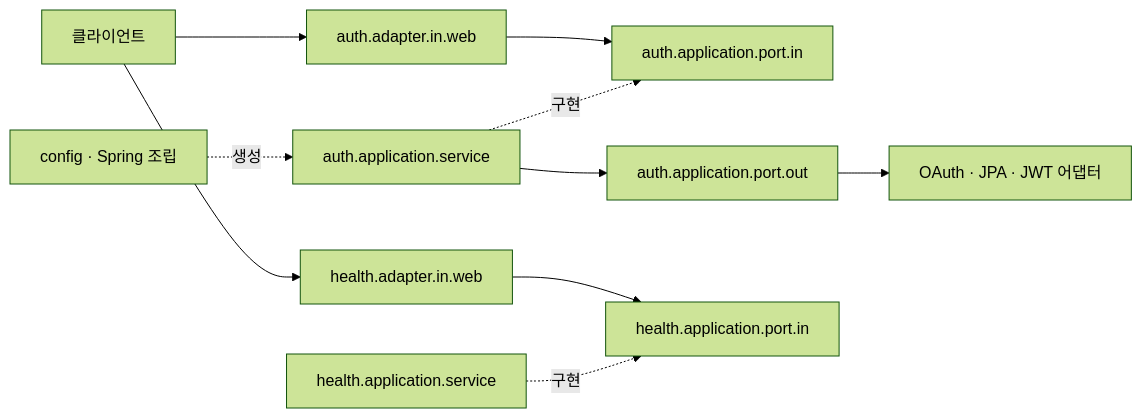
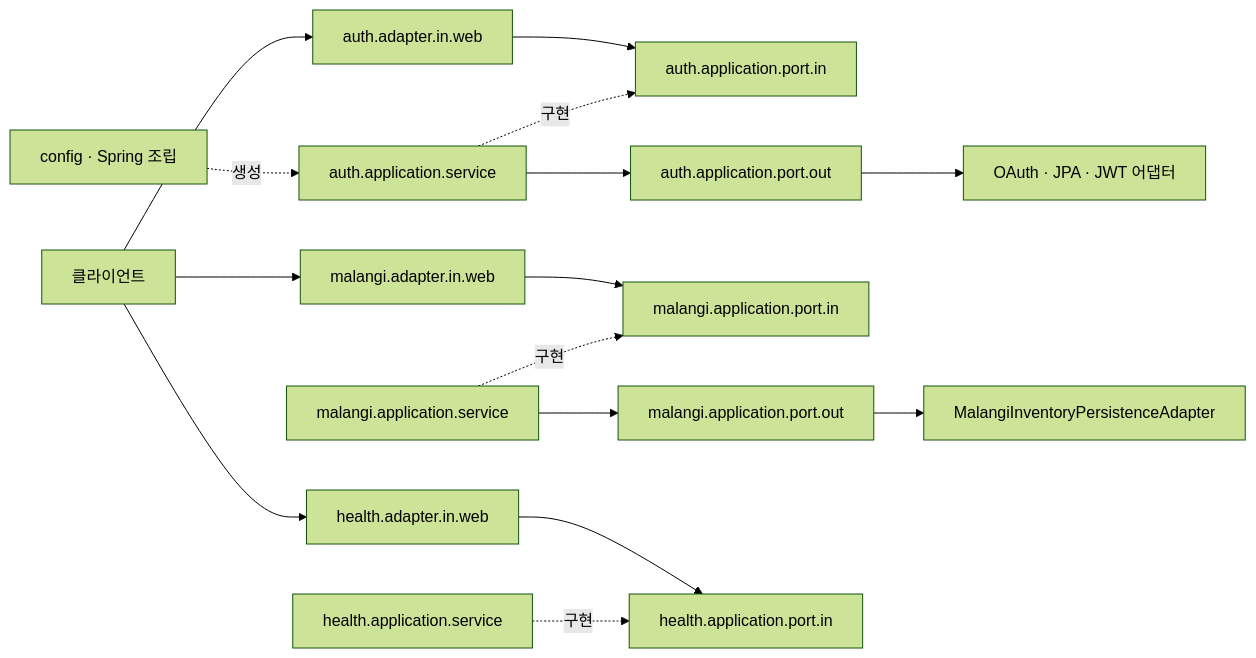
The diagram in docs/architecture.md (2026Ganzi-Thon/2026_GANZITHON_TEAM_07_BE), drawn with Mermaid (forest theme) before and after one commit. The commit also changed other lines of this file and 30 other files, not shown here.

````diff
--- a/docs/architecture.md
+++ b/docs/architecture.md
@@ -9,12 +9,17 @@
 ```mermaid
 flowchart LR
     Client[클라이언트] --> AuthWeb[auth.adapter.in.web]
+    Client --> MalangiWeb[malangi.adapter.in.web]
     Client --> HealthWeb[health.adapter.in.web]
     AuthWeb --> AuthPort[auth.application.port.in]
     AuthService[auth.application.service] -. 구현 .-> AuthPort
     AuthService --> AuthOut[auth.application.port.out]
     AuthOut --> Adapters[OAuth · JPA · JWT 어댑터]
+    MalangiWeb --> MalangiPort[malangi.application.port.in]
+    MalangiService[malangi.application.service] -. 구현 .-> MalangiPort
+    MalangiService --> MalangiStore[malangi.application.port.out]
+    MalangiStore --> MalangiPersistence[MalangiInventoryPersistenceAdapter]
     HealthWeb --> HealthPort[health.application.port.in]
     HealthService[health.application.service] -. 구현 .-> HealthPort
     Config[config · Spring 조립] -. 생성 .-> AuthService
 ```
````
